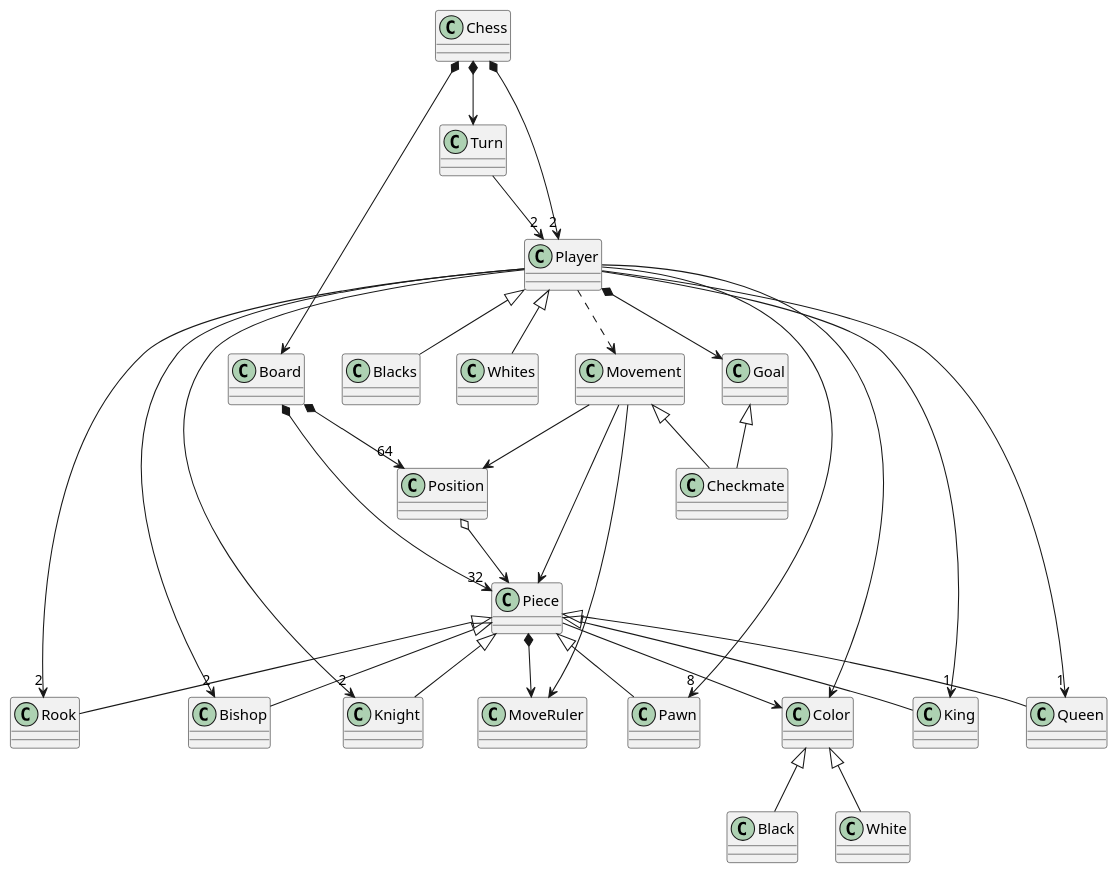
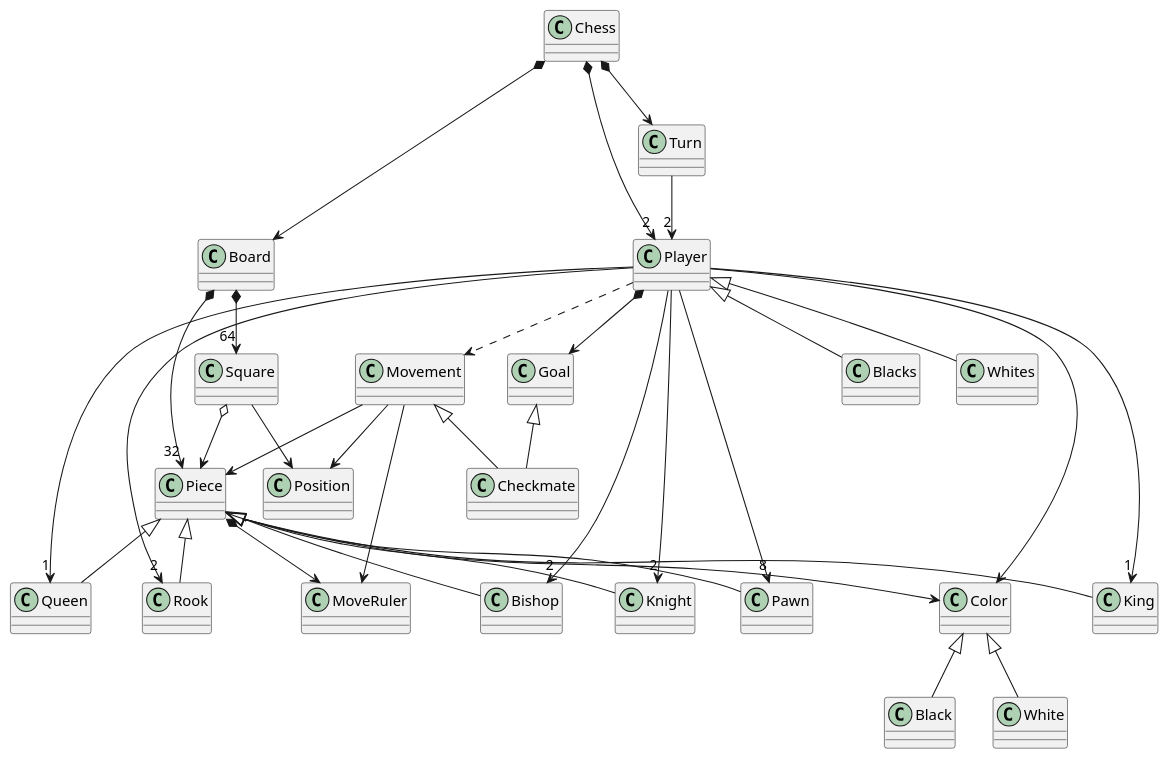
Before and after one commit to ioni5/chess: the diagram in docs/domain-model.puml, drawn with PlantUML. The commit also changed 3 other files, not shown here.

```diff
--- a/docs/domain-model.puml
+++ b/docs/domain-model.puml
@@ -1,45 +1,46 @@
 @startuml domain-model
 
 Chess *--> Board
 Chess *--> "2" Player
 Chess *--> Turn
 
 Turn --> "2" Player
 
 Player <|-- Blacks
 Player <|-- Whites
 
-Board *--> "64" Position
+Board *--> "64" Square
+Square o--> Piece
+Square --> Position
 Board *--> "32" Piece
-Position o--> Piece
 
 Piece --> Color
 Piece <|-- King
 Piece <|-- Queen
 Piece <|-- Rook
 Piece <|-- Bishop
 Piece <|-- Knight
 Piece <|-- Pawn
 
 Piece *--> MoveRuler
 Player --> Color
 
 Player --> "1" King
 Player --> "1" Queen
 Player --> "2" Rook
 Player --> "2" Bishop
 Player --> "2" Knight
 Player --> "8" Pawn
 
 Color <|-- Black
 Color <|-- White
 
 Player ..> Movement
 Movement --> Piece
 Movement --> Position
 Movement --> MoveRuler
 
 Movement <|-- Checkmate
 Player *--> Goal
 Goal <|-- Checkmate
 @enduml
```
